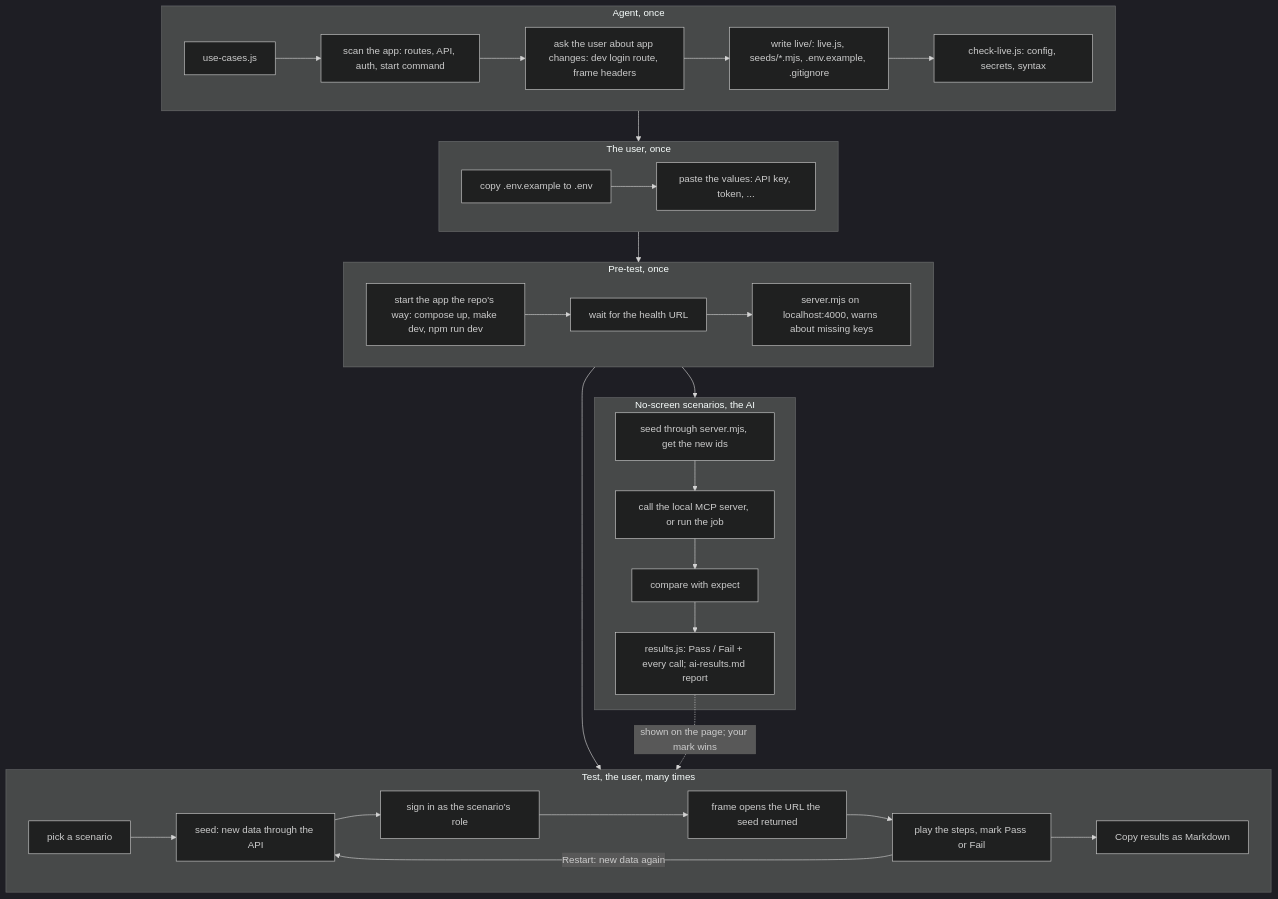
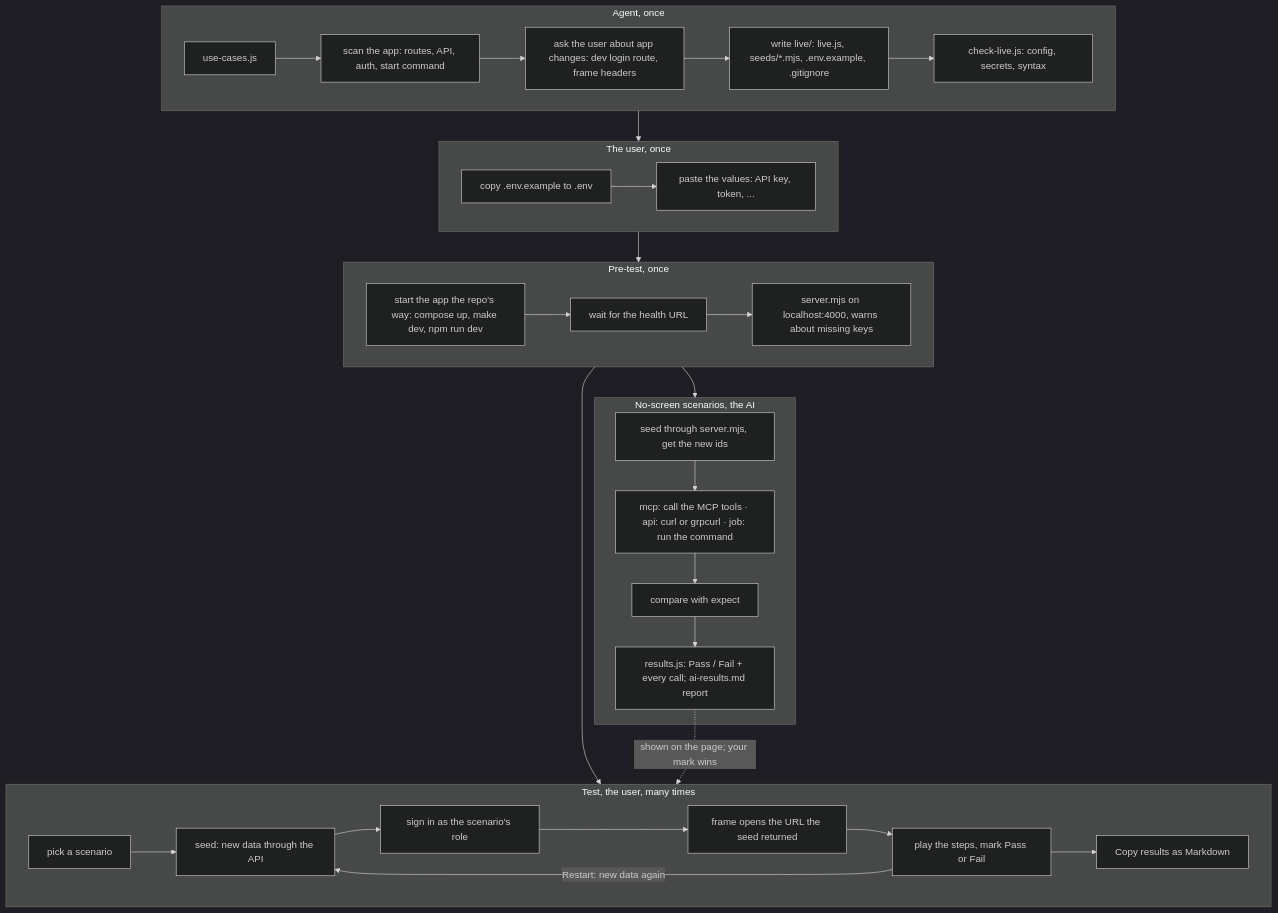
One commit to naphatwx/naphatwx-tools changed the first of 5 diagrams in plugins/naphatwx-tools/skills/play-scenarios/README.md. Above: the diagram before and after it, drawn with Mermaid (dark theme). The commit also changed other lines of this file and 66 other files, not shown here.

````diff
--- a/plugins/naphatwx-tools/skills/play-scenarios/README.md
+++ b/plugins/naphatwx-tools/skills/play-scenarios/README.md
@@ -23,32 +22,32 @@
 ```mermaid
 graph TD
     subgraph AGENT["Agent, once"]
         A1[use-cases.js] --> A2[scan the app: routes, API, auth, start command]
         A2 --> A2b[ask the user about app changes: dev login route, frame headers]
         A2b --> A3[write live/: live.js, seeds/*.mjs, .env.example, .gitignore]
         A3 --> A4[check-live.js: config, secrets, syntax]
     end
     subgraph ENV["The user, once"]
         E1[copy .env.example to .env] --> E2[paste the values: API key, token, ...]
     end
     subgraph PRE["Pre-test, once"]
         P1[start the app the repo's way: compose up, make dev, npm run dev] --> P2[wait for the health URL]
         P2 --> P3[server.mjs on localhost:4000, warns about missing keys]
     end
     subgraph TEST["Test, the user, many times"]
         T1[pick a scenario] --> T2[seed: new data through the API]
         T2 --> T3[sign in as the scenario's role]
         T3 --> T4[frame opens the URL the seed returned]
         T4 --> T5[play the steps, mark Pass or Fail]
         T5 -->|Restart: new data again| T2
         T5 --> T6[Copy results as Markdown]
     end
     subgraph AI["No-screen scenarios, the AI"]
-        I1[seed through server.mjs, get the new ids] --> I2[call the local MCP server, or run the job]
+        I1[seed through server.mjs, get the new ids] --> I2[mcp: call the MCP tools · api: curl or grpcurl · job: run the command]
         I2 --> I3[compare with expect]
         I3 --> I4[results.js: Pass / Fail + every call; ai-results.md report]
     end
     AGENT --> ENV --> PRE --> TEST
     PRE --> AI
     I4 -.->|shown on the page; your mark wins| TEST
 ```
````
